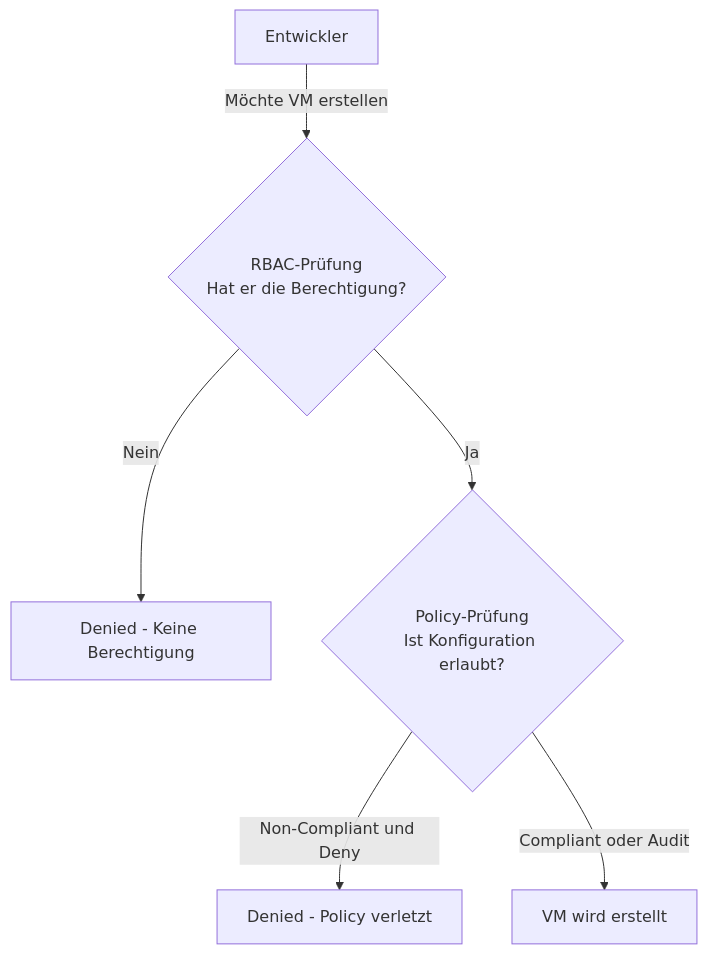
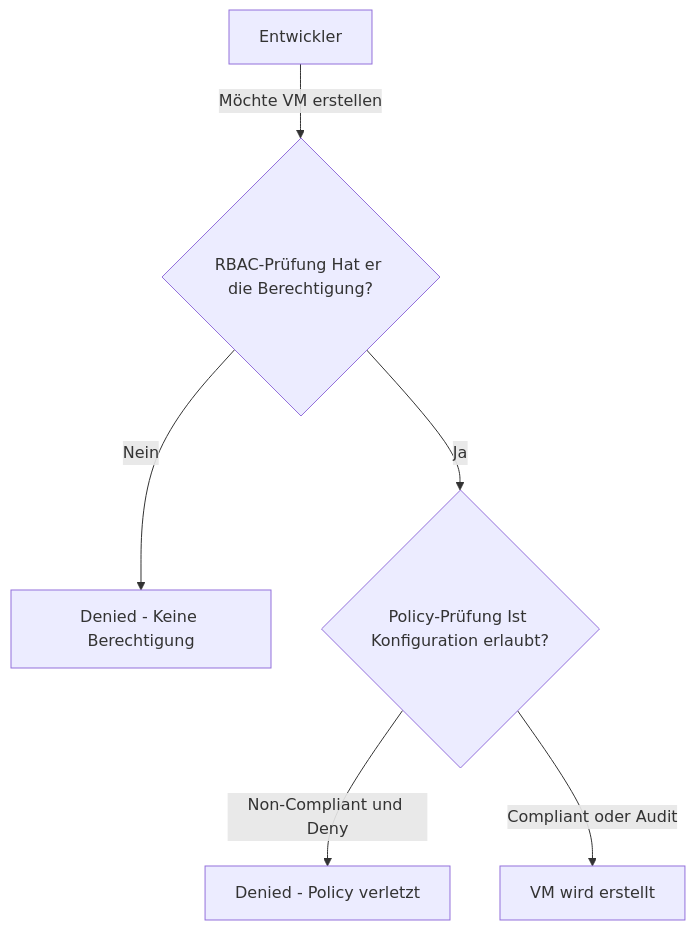
Before and after one commit to SoniiiT/notes-n-docs: the second of 2 diagrams in Microsoft 365/Azure/Grundlagen/Azure Policy.md, drawn with Mermaid. The commit also changed other lines of this file and 124 other files, not shown here.

First line of the commit message:
fix: Entferne \n aus allen Mermaid-Diagrammen (125 Dateien)

````diff
--- a/Microsoft 365/Azure/Grundlagen/Azure Policy.md
+++ b/Microsoft 365/Azure/Grundlagen/Azure Policy.md
@@ -291,8 +291,8 @@
 ```mermaid
 graph TD
-    USER[Entwickler] -->|Möchte VM erstellen| RBAC{RBAC-Prüfung\nHat er die Berechtigung?}
+    USER[Entwickler] -->|Möchte VM erstellen| RBAC{RBAC-Prüfung Hat er die Berechtigung?}
     RBAC -->|Nein| DENY1[Denied - Keine Berechtigung]
-    RBAC -->|Ja| POLICY{Policy-Prüfung\nIst Konfiguration erlaubt?}
+    RBAC -->|Ja| POLICY{Policy-Prüfung Ist Konfiguration erlaubt?}
     POLICY -->|Non-Compliant und Deny| DENY2[Denied - Policy verletzt]
     POLICY -->|Compliant oder Audit| CREATE[VM wird erstellt]
 ```
````
